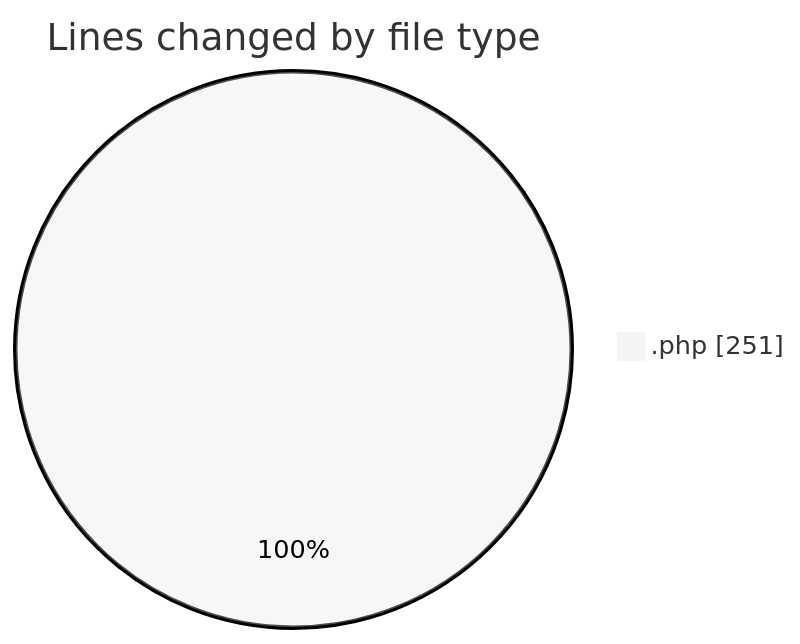
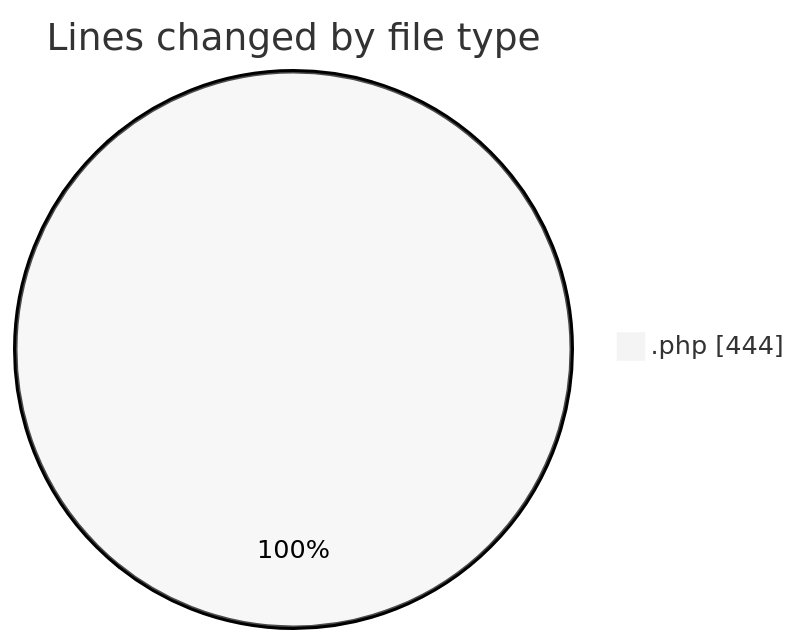
One commit to idhammustaqopulfikri/code-tracking changed the first of 2 diagrams in 2025-05-25/bookingpodcas/README.md. Above: the diagram before and after it, drawn with Mermaid (neutral theme). The commit also changed other lines of this file and 1 other file, not shown here.

````diff
--- a/2025-05-25/bookingpodcas/README.md
+++ b/2025-05-25/bookingpodcas/README.md
@@ -24,5 +27,5 @@
 ```mermaid
 pie showData
 title Lines changed by file type
-".php" : 251
+".php" : 444
 ```
````
